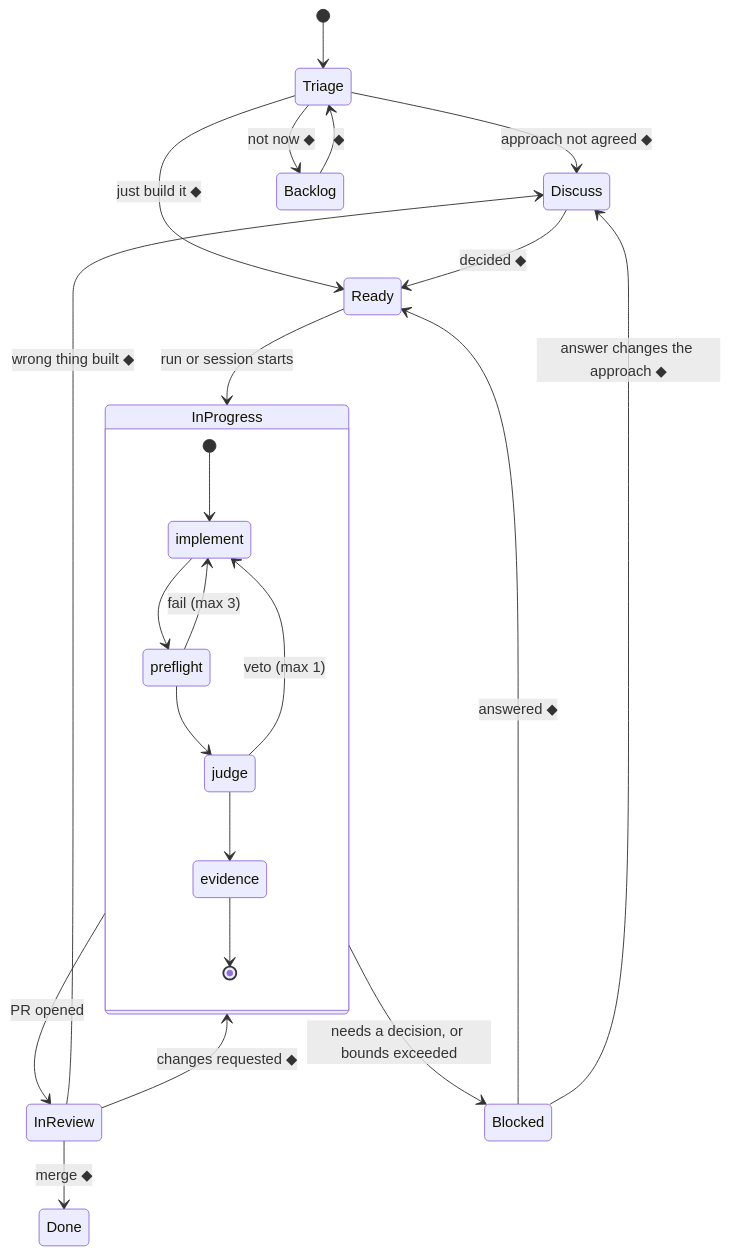
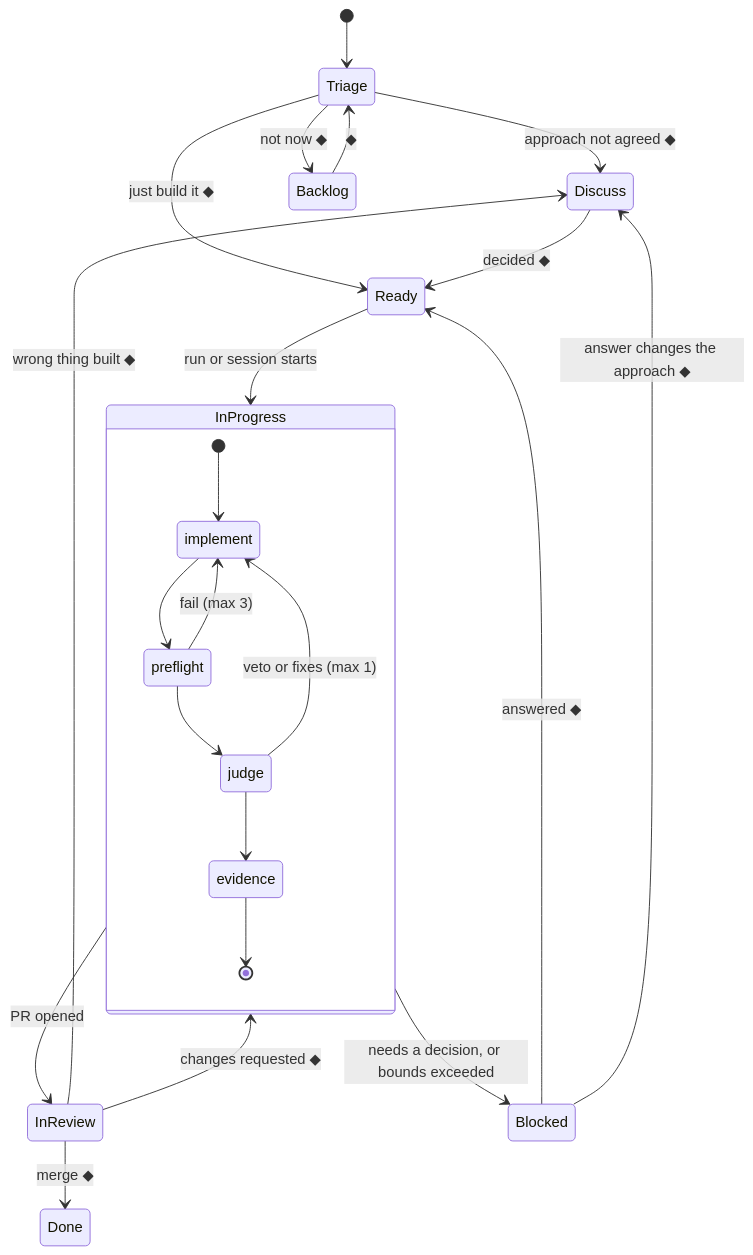
Before and after one commit to kyleaupton/arrflix: the diagram in factory/WORKFLOW.md, drawn with Mermaid. The commit also changed other lines of this file and 3 other files, not shown here.

Commit message:
factory: let the judge ask for fixes

````diff
--- a/factory/WORKFLOW.md
+++ b/factory/WORKFLOW.md
@@ -18,28 +18,28 @@
 ```mermaid
 stateDiagram-v2
     [*] --> Triage
     Triage --> Discuss: approach not agreed ◆
     Triage --> Ready: just build it ◆
     Triage --> Backlog: not now ◆
     Backlog --> Triage: ◆
     Discuss --> Ready: decided ◆
     Ready --> InProgress: run or session starts
 
     state InProgress {
         [*] --> implement
         implement --> preflight
         preflight --> implement: fail (max 3)
         preflight --> judge
-        judge --> implement: veto (max 1)
+        judge --> implement: veto or fixes (max 1)
         judge --> evidence
         evidence --> [*]
     }
 
     InProgress --> InReview: PR opened
     InProgress --> Blocked: needs a decision, or bounds exceeded
     Blocked --> Ready: answered ◆
     Blocked --> Discuss: answer changes the approach ◆
     InReview --> InProgress: changes requested ◆
     InReview --> Discuss: wrong thing built ◆
     InReview --> Done: merge ◆
 ```
````
